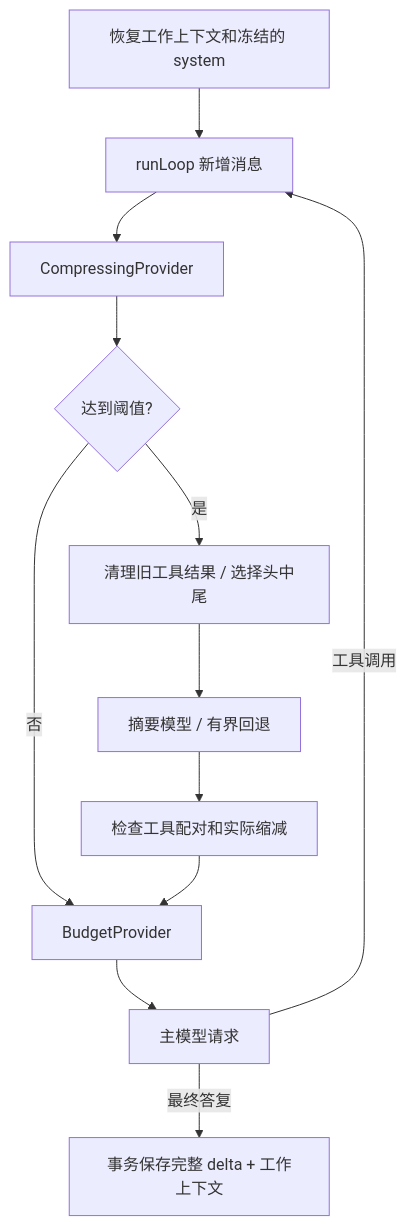
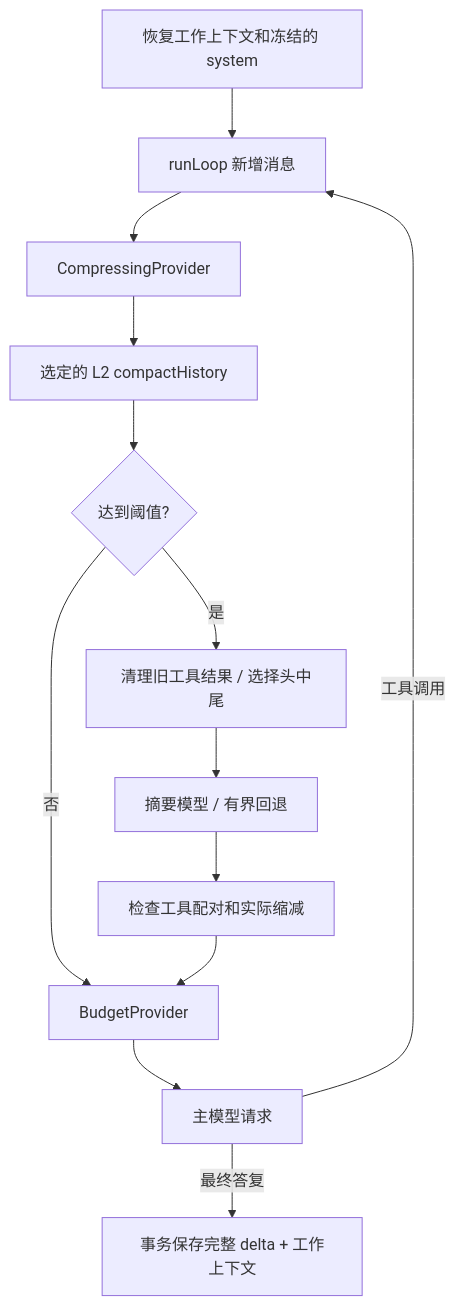
Before and after one commit to yjy233/my-hermes: the diagram in docs/08-context-compression.md, drawn with Mermaid. The commit also changed other lines of this file and 19 other files, not shown here.

````diff
--- a/docs/08-context-compression.md
+++ b/docs/08-context-compression.md
@@ -7,14 +7,15 @@
 ```mermaid
 flowchart TD
     A[恢复工作上下文和冻结的 system] --> B[runLoop 新增消息]
     B --> C[CompressingProvider]
-    C --> D{达到阈值?}
+    C --> L2[选定的 L2 compactHistory]
+    L2 --> D{达到阈值?}
     D -->|是| E[清理旧工具结果 / 选择头中尾]
     E --> F[摘要模型 / 有界回退]
     F --> G[检查工具配对和实际缩减]
     D -->|否| H[BudgetProvider]
     G --> H
     H --> I[主模型请求]
     I -->|工具调用| B
     I -->|最终答复| J[事务保存完整 delta + 工作上下文]
 ```
````
